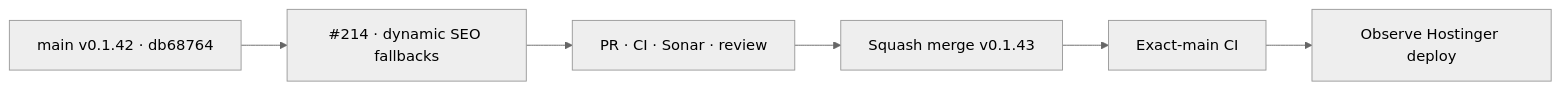
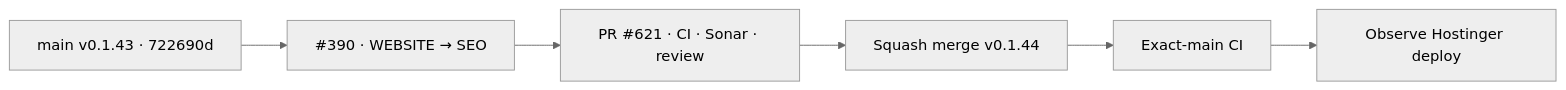
Before and after one commit to pl0n3r/brvtal: the diagram in README.md, drawn with Mermaid (neutral theme). The commit also changed other lines of this file and 26 other files, not shown here.

````diff
--- a/README.md
+++ b/README.md
@@ -53,8 +54,8 @@
 ```mermaid
 flowchart LR
- B["main v0.1.42 · db68764"] --> S["#214 · dynamic SEO fallbacks"]
- S --> P["PR · CI · Sonar · review"]
- P --> M["Squash merge v0.1.43"]
+ B["main v0.1.43 · 722690d"] --> S["#390 · WEBSITE → SEO"]
+ S --> P["PR #621 · CI · Sonar · review"]
+ P --> M["Squash merge v0.1.44"]
  M --> X["Exact-main CI"]
  X --> D["Observe Hostinger deploy"]
 ```
````
